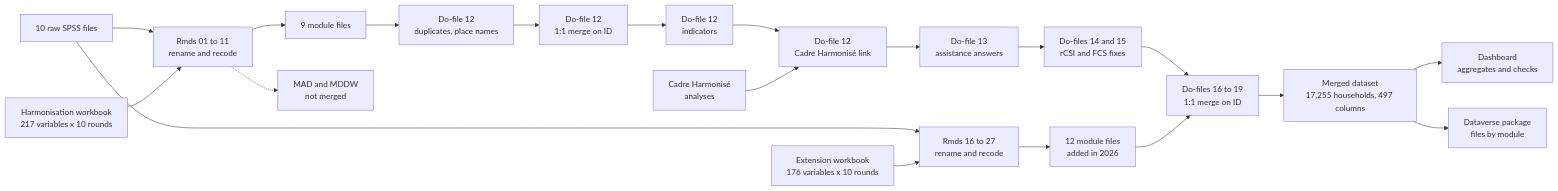
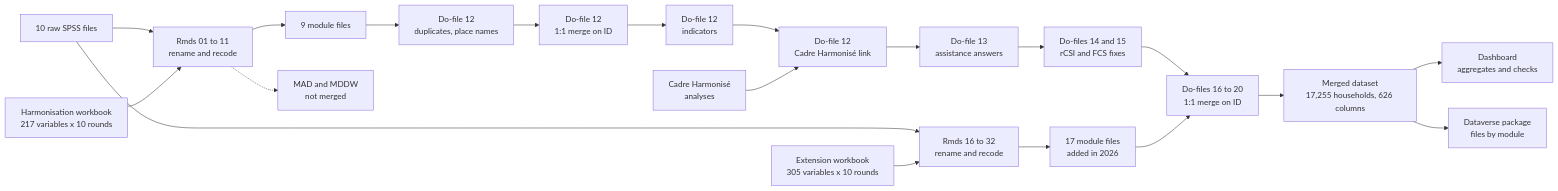
The diagram in README.md (Abson-dev/WFP_Chad_Cost_Benefit_Analysis_data_merging), drawn with Mermaid before and after one commit. The commit also changed other lines of this file and 18 other files, not shown here.

````diff
--- a/README.md
+++ b/README.md
@@ -40,22 +40,22 @@
 ```mermaid
 flowchart LR
     raw["10 raw SPSS files"] --> rmd["Rmds 01 to 11<br/>rename and recode"]
     wb["Harmonisation workbook<br/>217 variables x 10 rounds"] --> rmd
     rmd --> mods["9 module files"]
     rmd -.-> nut["MAD and MDDW<br/>not merged"]
     mods --> clean["Do-file 12<br/>duplicates, place names"]
     clean --> merge["Do-file 12<br/>1:1 merge on ID"]
     merge --> scores["Do-file 12<br/>indicators"]
     scores --> link["Do-file 12<br/>Cadre Harmonisé link"]
     ch["Cadre Harmonisé<br/>analyses"] --> link
     link --> d13["Do-file 13<br/>assistance answers"]
     d13 --> fix["Do-files 14 and 15<br/>rCSI and FCS fixes"]
-    raw --> rmd2["Rmds 16 to 27<br/>rename and recode"]
-    wb2["Extension workbook<br/>176 variables x 10 rounds"] --> rmd2
-    rmd2 --> mods2["12 module files<br/>added in 2026"]
-    fix --> add["Do-files 16 to 19<br/>1:1 merge on ID"]
+    raw --> rmd2["Rmds 16 to 32<br/>rename and recode"]
+    wb2["Extension workbook<br/>305 variables x 10 rounds"] --> rmd2
+    rmd2 --> mods2["17 module files<br/>added in 2026"]
+    fix --> add["Do-files 16 to 20<br/>1:1 merge on ID"]
     mods2 --> add
-    add --> final["Merged dataset<br/>17,255 households, 497 columns"]
+    add --> final["Merged dataset<br/>17,255 households, 626 columns"]
     final --> app["Dashboard<br/>aggregates and checks"]
     final --> dep["Dataverse package<br/>files by module"]
 ```
````
